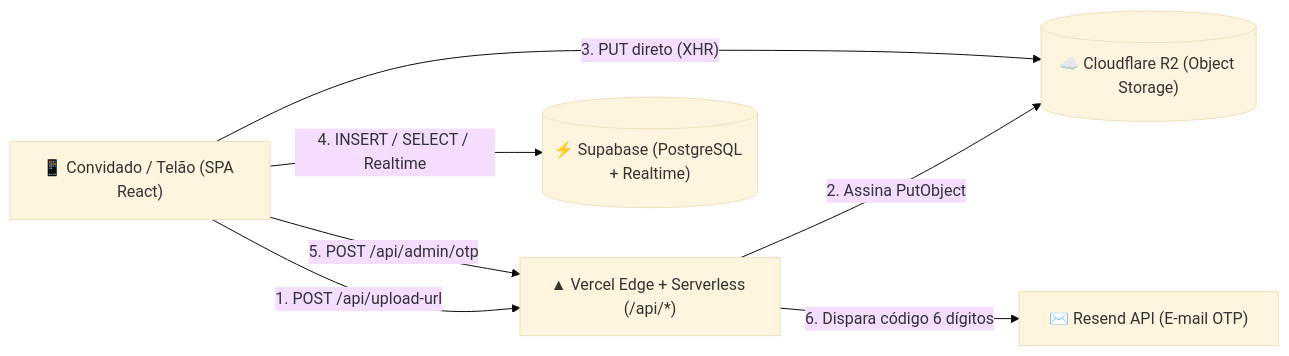
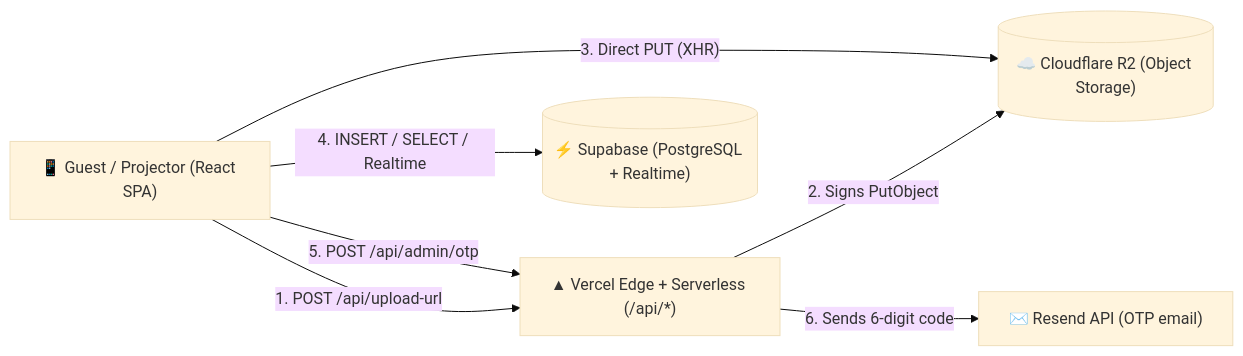
One commit to thienry/instawedding changed the diagram in docs/DEPLOY.md. Above: the diagram before and after it, drawn with Mermaid (base theme). The commit also changed other lines of this file and 76 other files, not shown here.

````diff
--- a/docs/DEPLOY.md
+++ b/docs/DEPLOY.md
@@ -9,15 +9,15 @@
 ```mermaid
 flowchart LR
-  Guest["📱 Convidado / Telão (SPA React)"]
+  Guest["📱 Guest / Projector (React SPA)"]
   Vercel["▲ Vercel Edge + Serverless (/api/*)"]
   Supabase[("⚡ Supabase (PostgreSQL + Realtime)")]
   R2[("☁️ Cloudflare R2 (Object Storage)")]
-  Resend["✉️ Resend API (E-mail OTP)"]
+  Resend["✉️ Resend API (OTP email)"]
 
   Guest -- "1. POST /api/upload-url" --> Vercel
-  Vercel -- "2. Assina PutObject" --> R2
-  Guest -- "3. PUT direto (XHR)" --> R2
+  Vercel -- "2. Signs PutObject" --> R2
+  Guest -- "3. Direct PUT (XHR)" --> R2
   Guest -- "4. INSERT / SELECT / Realtime" --> Supabase
   Guest -- "5. POST /api/admin/otp" --> Vercel
-  Vercel -- "6. Dispara código 6 dígitos" --> Resend
+  Vercel -- "6. Sends 6-digit code" --> Resend
 ```
````
